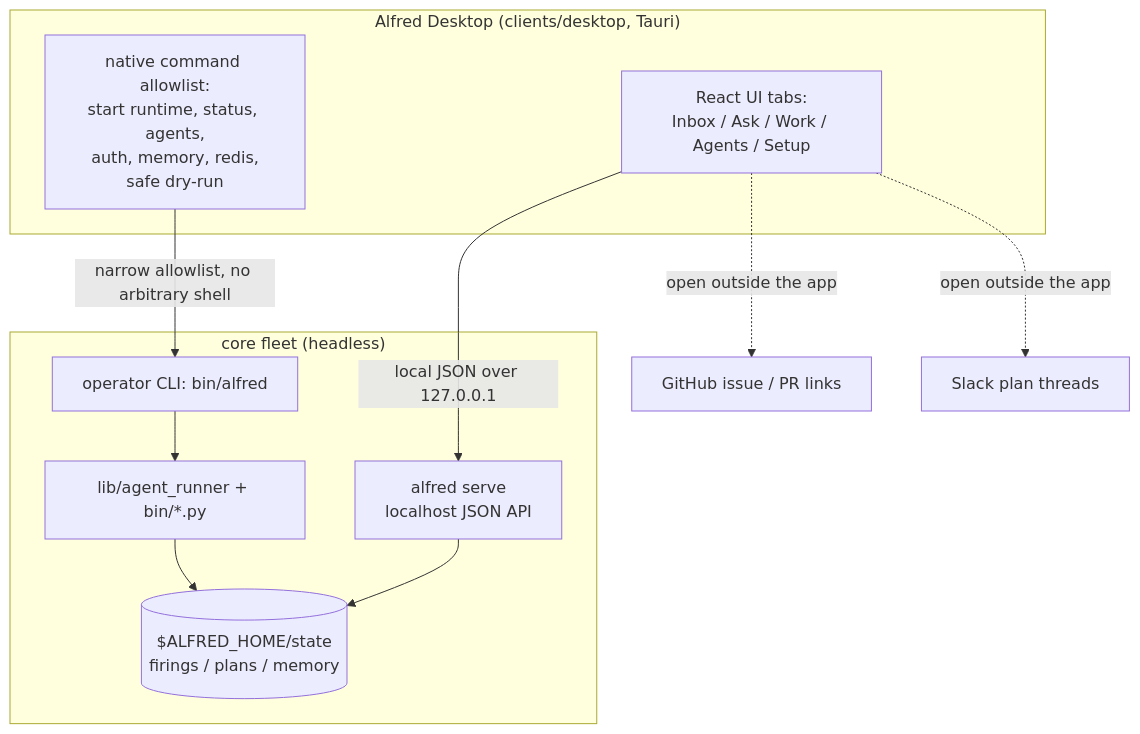
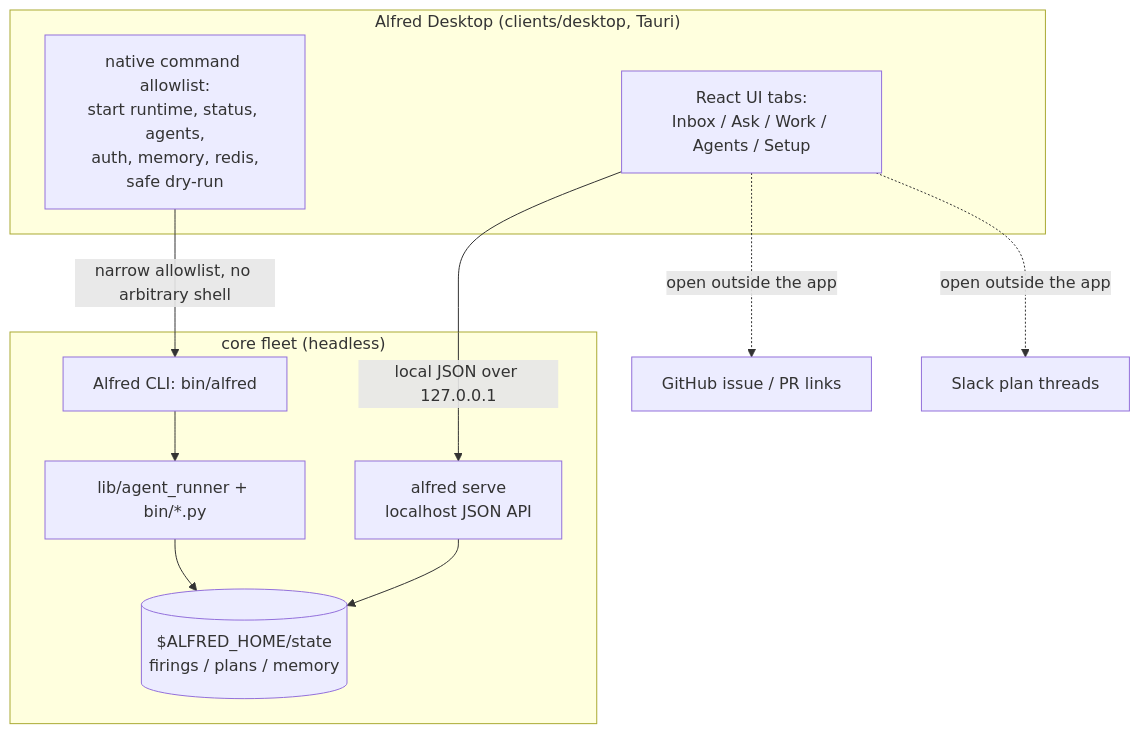
Before and after one commit to luminik-io/alfred-os: the diagram in site/src/content/docs/concepts/desktop-client.md, drawn with Mermaid. The commit also changed other lines of this file and 38 other files, not shown here.

Commit message:
docs: align Alfred copy and CLI naming

````diff
--- a/site/src/content/docs/concepts/desktop-client.md
+++ b/site/src/content/docs/concepts/desktop-client.md
@@ -20,25 +20,25 @@
 ```mermaid
 flowchart TB
     subgraph client["Alfred Desktop (clients/desktop, Tauri)"]
         ui["React UI tabs:<br/>Inbox / Ask / Work / Agents / Setup"]
         native["native command allowlist:<br/>start runtime, status, agents,<br/>auth, memory, redis,<br/>safe dry-run"]
     end
 
     subgraph core["core fleet (headless)"]
         serve["alfred serve<br/>localhost JSON API"]
         state[("$ALFRED_HOME/state<br/>firings / plans / memory")]
-        cli["operator CLI: bin/alfred"]
+        cli["Alfred CLI: bin/alfred"]
         fleet["lib/agent_runner + bin/*.py"]
     end
 
     gh["GitHub issue / PR links"]
     slackthread["Slack plan threads"]
 
     ui -->|local JSON over 127.0.0.1| serve
     native -->|narrow allowlist, no arbitrary shell| cli
     serve --> state
     cli --> fleet
     fleet --> state
     ui -.->|open outside the app| gh
     ui -.->|open outside the app| slackthread
 ```
````
